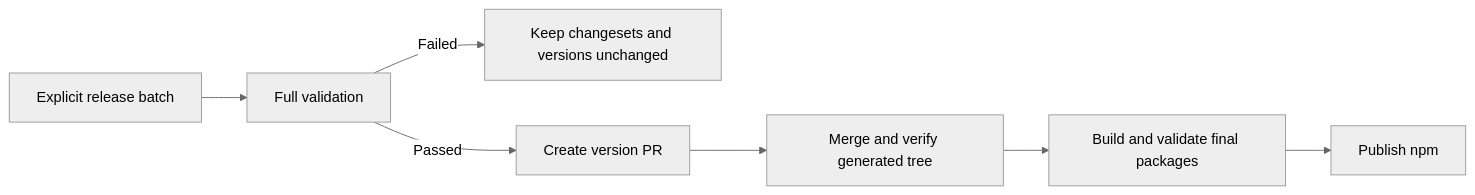
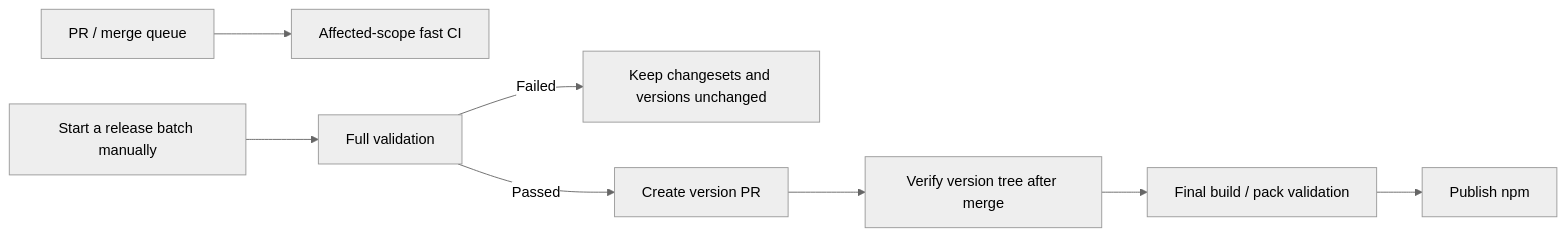
One commit to zhinjs/zhin changed the diagram in docs/en/contributing/development.md. Above: the diagram before and after it, drawn with Mermaid (neutral theme). The commit also changed other lines of this file and 467 other files, not shown here.

````diff
--- a/docs/en/contributing/development.md
+++ b/docs/en/contributing/development.md
@@ -191,7 +274,8 @@
 ```mermaid
 flowchart LR
-  manual["Explicit release batch"] --> full["Full validation"]
+  pr["PR / merge queue"] --> fast["Affected-scope fast CI"]
+  manual["Start a release batch manually"] --> full["Full validation"]
   full -->|Failed| keep["Keep changesets and versions unchanged"]
-  full -->|Passed| version["Create version PR"]
-  version --> merged["Merge and verify generated tree"] --> packed["Build and validate final packages"] --> npm["Publish npm"]
+  full -->|Passed| versions["Create version PR"]
+  versions --> merged["Verify version tree after merge"] --> pack["Final build / pack validation"] --> publish["Publish npm"]
 ```
````
